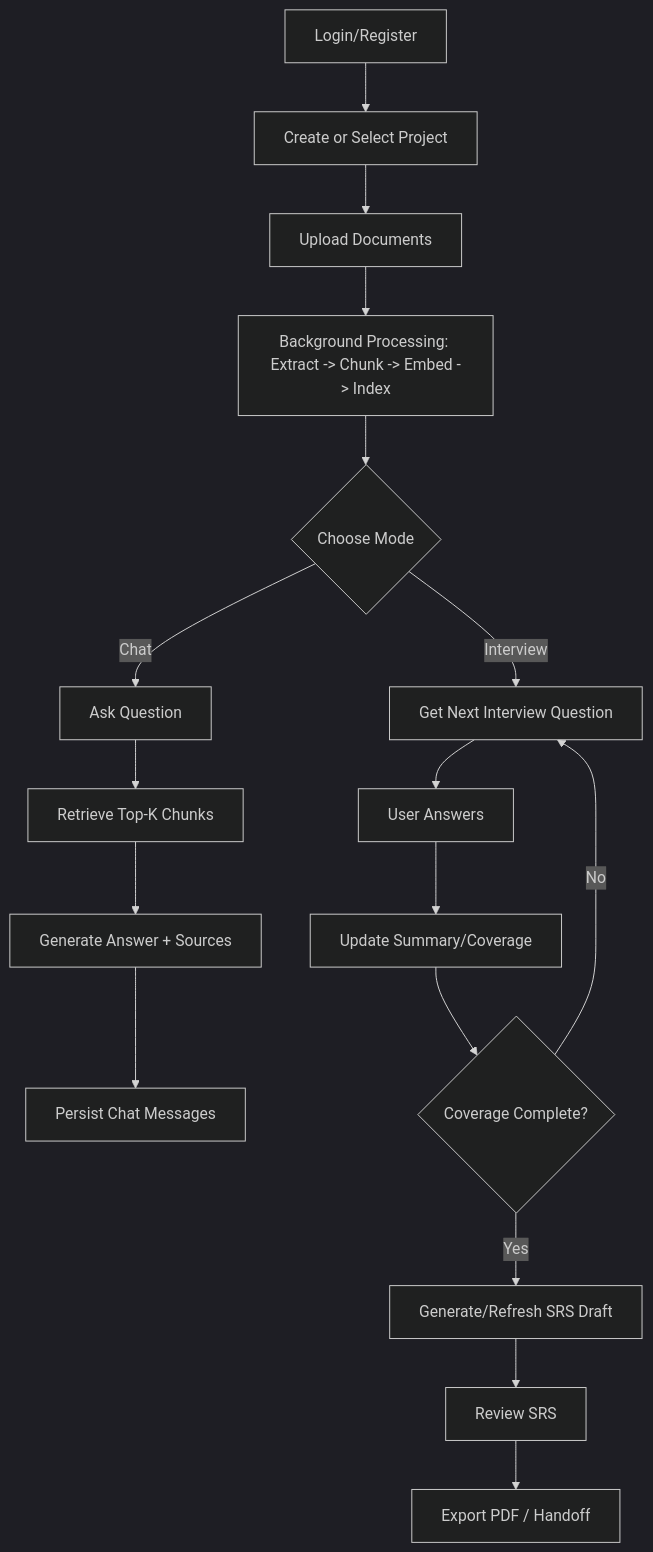
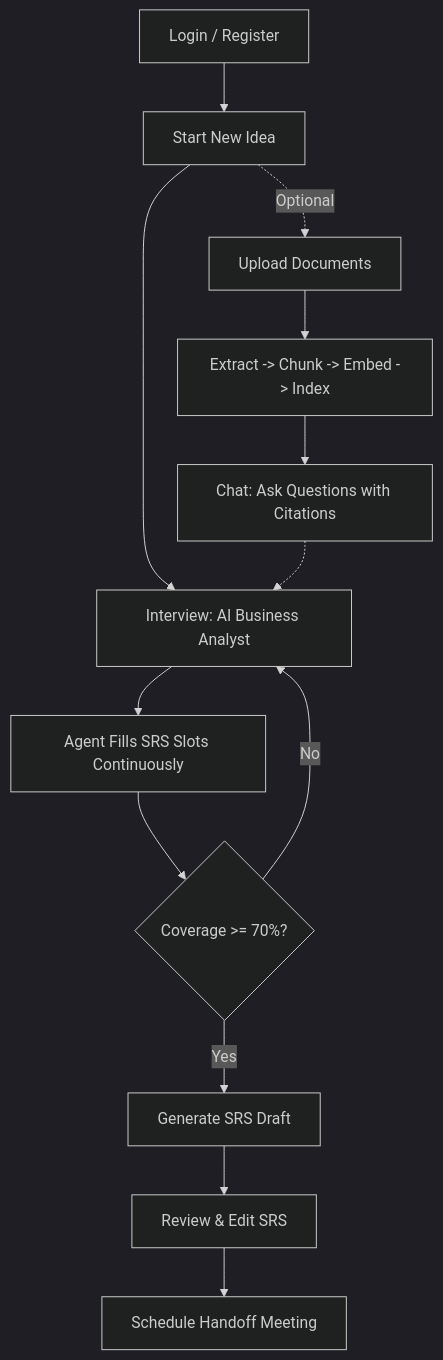
The first of 3 diagrams in README.md (SaeedNeamtallah/product-analyst-voice-to-req), drawn with Mermaid (dark theme) before and after one commit. The commit also changed other lines of this file and 32 other files, not shown here.

Commit message:
Fix auth persistence, add schema compatibility, and refresh env template

````diff
--- a/README.md
+++ b/README.md
@@ -87,19 +169,16 @@
 ```mermaid
 flowchart TD
-    A[Login/Register] --> B[Create or Select Project]
-    B --> C[Upload Documents]
-    C --> D[Background Processing: Extract -> Chunk -> Embed -> Index]
-    D --> E{Choose Mode}
-    E -->|Chat| F[Ask Question]
-    F --> G[Retrieve Top-K Chunks]
-    G --> H[Generate Answer + Sources]
-    H --> I[Persist Chat Messages]
-    E -->|Interview| J[Get Next Interview Question]
-    J --> K[User Answers]
-    K --> L[Update Summary/Coverage]
-    L --> M{Coverage Complete?}
-    M -->|No| J
-    M -->|Yes| N[Generate/Refresh SRS Draft]
-    N --> O[Review SRS]
-    O --> P[Export PDF / Handoff]
+    A[Login / Register] --> B[Start New Idea]
+    B --> C[Interview: AI Business Analyst]
+    C --> D[Agent Fills SRS Slots Continuously]
+    D --> E{Coverage >= 70%?}
+    E -->|No| C
+    E -->|Yes| F[Generate SRS Draft]
+    F --> G[Review & Edit SRS]
+    G --> H[Schedule Handoff Meeting]
+
+    B -.->|Optional| I[Upload Documents]
+    I --> J[Extract -> Chunk -> Embed -> Index]
+    J --> K[Chat: Ask Questions with Citations]
+    K -.-> C
 ```
````
